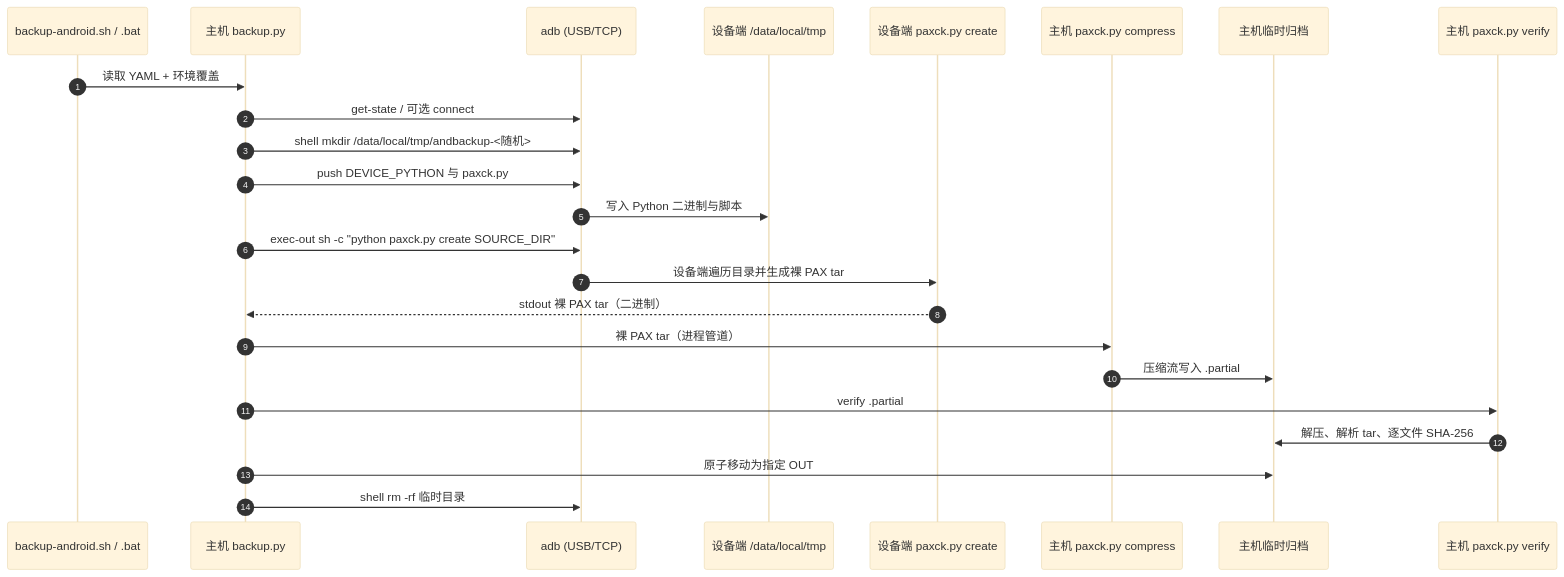
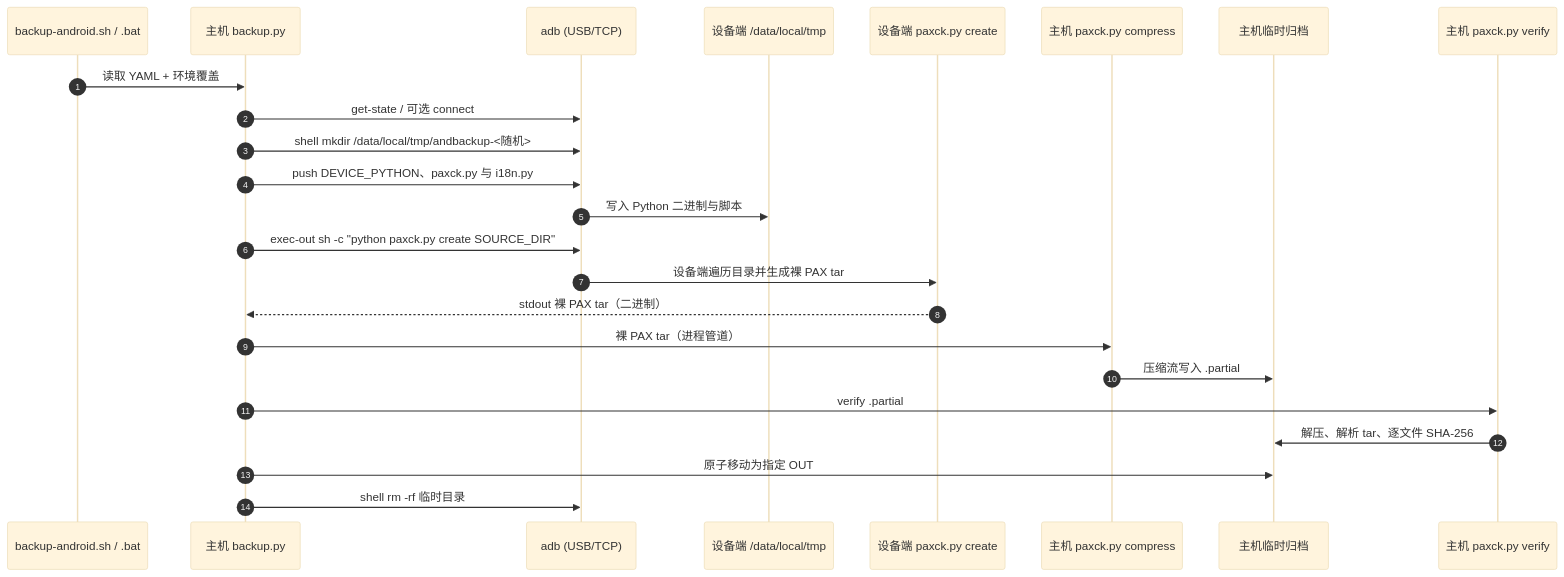
The second of 3 diagrams in docs/flow.md (What410802/AndBackup), drawn with Mermaid (base theme) before and after one commit. The commit also changed other lines of this file and 16 other files, not shown here.

````diff
--- a/docs/flow.md
+++ b/docs/flow.md
@@ -111,27 +111,27 @@
 ```mermaid
 sequenceDiagram
     autonumber
     participant SH as backup-android.sh / .bat
     participant BP as 主机 backup.py
     participant ADB as adb (USB/TCP)
     participant DEV as 设备端 /data/local/tmp
     participant PYD as 设备端 paxck.py create
     participant PX as 主机 paxck.py compress
     participant DISK as 主机临时归档
     participant VFY as 主机 paxck.py verify
 
     SH->>BP: 读取 YAML + 环境覆盖
     BP->>ADB: get-state / 可选 connect
     BP->>ADB: shell mkdir /data/local/tmp/andbackup-<随机>
-    BP->>ADB: push DEVICE_PYTHON 与 paxck.py
+    BP->>ADB: push DEVICE_PYTHON、paxck.py 与 i18n.py
     ADB->>DEV: 写入 Python 二进制与脚本
     BP->>ADB: exec-out sh -c "python paxck.py create SOURCE_DIR"
     ADB->>PYD: 设备端遍历目录并生成裸 PAX tar
     PYD-->>BP: stdout 裸 PAX tar（二进制）
     BP->>PX: 裸 PAX tar（进程管道）
     PX->>DISK: 压缩流写入 .partial
     BP->>VFY: verify .partial
     VFY->>DISK: 解压、解析 tar、逐文件 SHA-256
     BP->>DISK: 原子移动为指定 OUT
     BP->>ADB: shell rm -rf 临时目录
 ```
````
